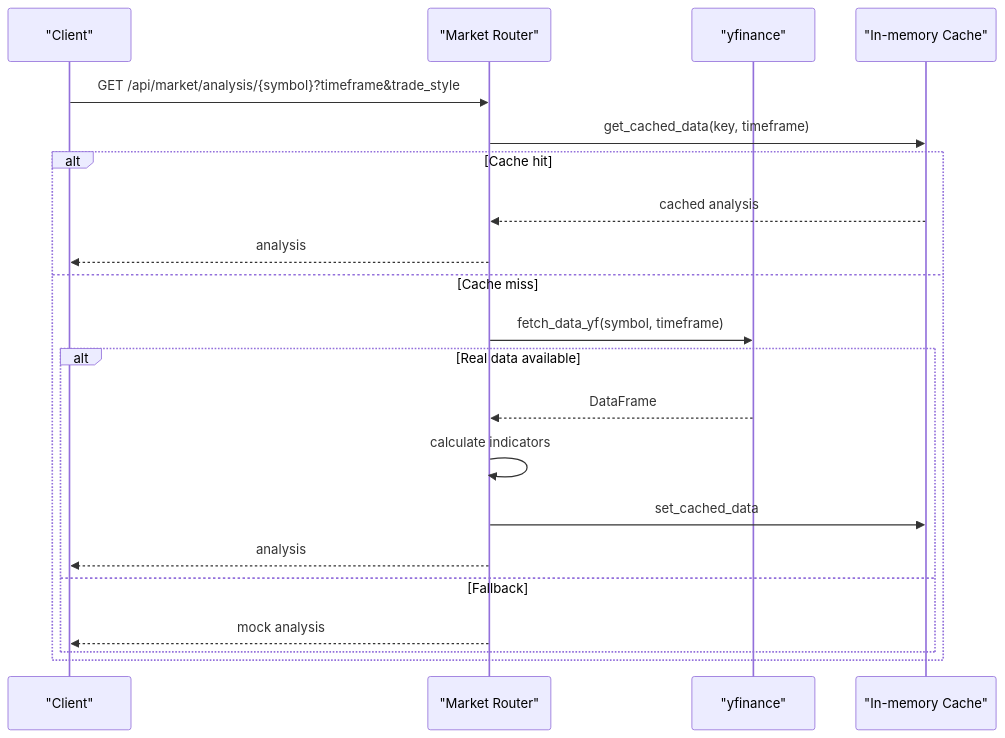
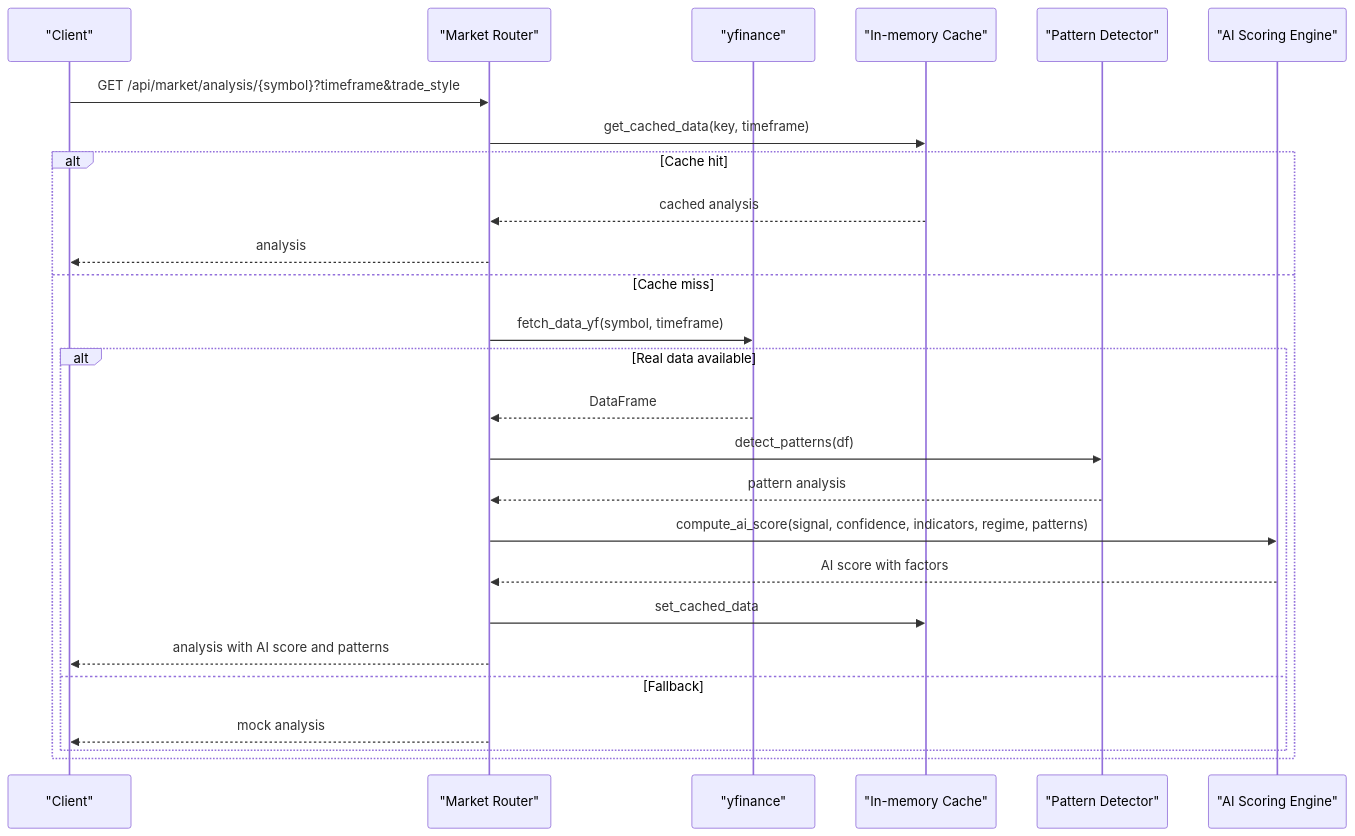
Before and after one commit to cavraeg-eng/Trading-App: the fifth of 8 diagrams in .qoder/repowiki/en/content/Project Overview/Core Features/API Routes.md, drawn with Mermaid. The commit also changed other lines of this file and 138 other files, not shown here.

First line of the commit message:
feat(LiveTrading): add MT5-style chart overlay for entry/SL/TP levels

````diff
--- a/.qoder/repowiki/en/content/Project Overview/Core Features/API Routes.md
+++ b/.qoder/repowiki/en/content/Project Overview/Core Features/API Routes.md
@@ -235,23 +286,28 @@
 ```mermaid
 sequenceDiagram
 participant Client as "Client"
 participant Market as "Market Router"
 participant YF as "yfinance"
 participant Cache as "In-memory Cache"
+participant Patterns as "Pattern Detector"
+participant AIScore as "AI Scoring Engine"
 Client->>Market : GET /api/market/analysis/{symbol}?timeframe&trade_style
 Market->>Cache : get_cached_data(key, timeframe)
 alt Cache hit
 Cache-->>Market : cached analysis
 Market-->>Client : analysis
 else Cache miss
 Market->>YF : fetch_data_yf(symbol, timeframe)
 alt Real data available
 YF-->>Market : DataFrame
-Market->>Market : calculate indicators
+Market->>Patterns : detect_patterns(df)
+Patterns-->>Market : pattern analysis
+Market->>AIScore : compute_ai_score(signal, confidence, indicators, regime, patterns)
+AIScore-->>Market : AI score with factors
 Market->>Cache : set_cached_data
-Market-->>Client : analysis
+Market-->>Client : analysis with AI score and patterns
 else Fallback
 Market-->>Client : mock analysis
 end
 end
 ```
````
